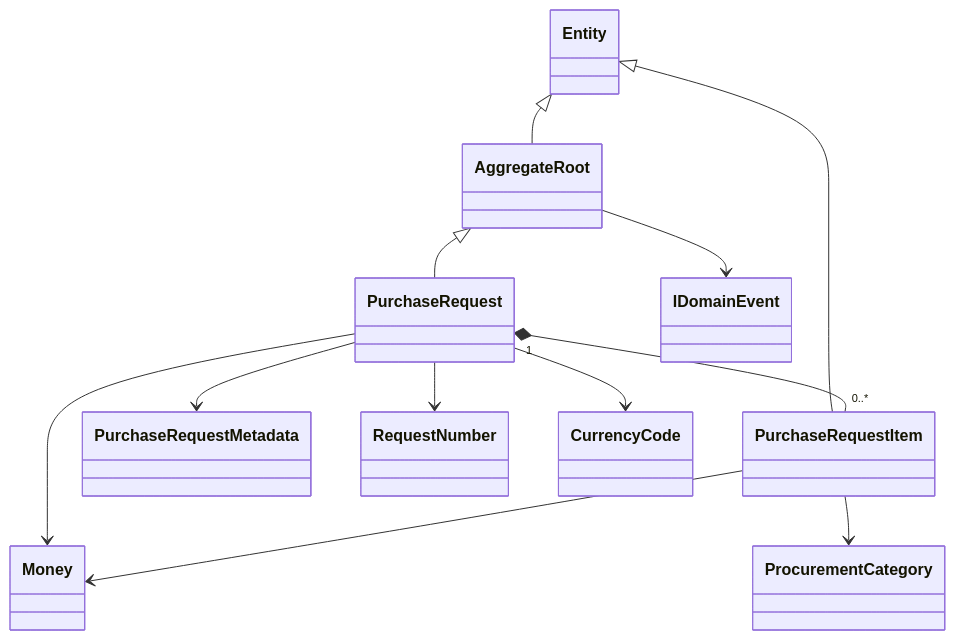
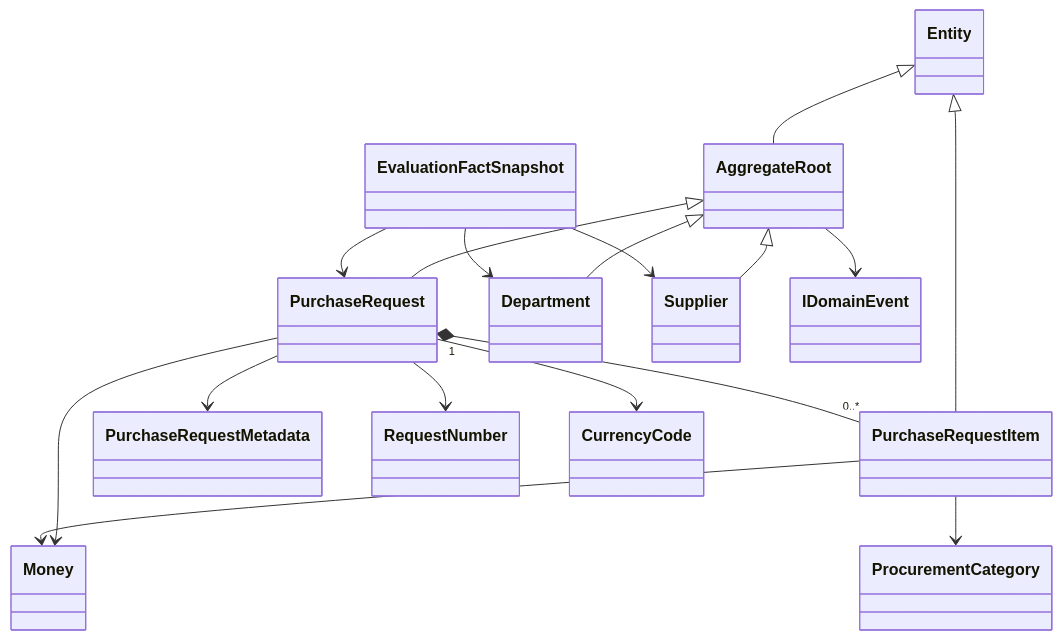
One commit to keerthi259/DecisionForge changed the first of 2 diagrams in docs/architecture/domain-model.md. Above: the diagram before and after it, drawn with Mermaid. The commit also changed other lines of this file and 36 other files, not shown here.

````diff
--- a/docs/architecture/domain-model.md
+++ b/docs/architecture/domain-model.md
@@ -10,14 +11,19 @@
 ```mermaid
 classDiagram
   AggregateRoot <|-- PurchaseRequest
+  AggregateRoot <|-- Department
+  AggregateRoot <|-- Supplier
   Entity <|-- AggregateRoot
   Entity <|-- PurchaseRequestItem
   PurchaseRequest "1" *-- "0..*" PurchaseRequestItem
   PurchaseRequest --> PurchaseRequestMetadata
   PurchaseRequest --> RequestNumber
   PurchaseRequest --> CurrencyCode
   PurchaseRequest --> Money
   PurchaseRequestItem --> Money
   PurchaseRequestItem --> ProcurementCategory
+  EvaluationFactSnapshot --> PurchaseRequest
+  EvaluationFactSnapshot --> Department
+  EvaluationFactSnapshot --> Supplier
   AggregateRoot --> IDomainEvent
 ```
````
